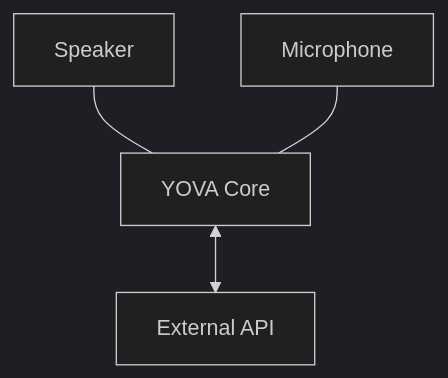
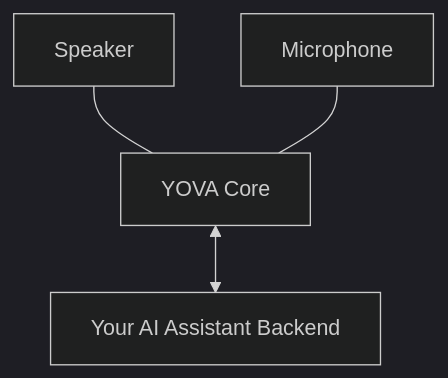
Before and after one commit to jamro/yova: the diagram in README.md, drawn with Mermaid (dark theme). The commit also changed other lines of this file and 1 other file, not shown here.

````diff
--- a/README.md
+++ b/README.md
@@ -9,6 +11,6 @@
 ```mermaid
 graph TD
     S[Speaker] --- Y[YOVA Core]
     M[Microphone] --- Y
-    Y[YOVA Core] <--> A[External API]
+    Y[YOVA Core] <--> A[Your AI Assistant Backend]
 ```
````
